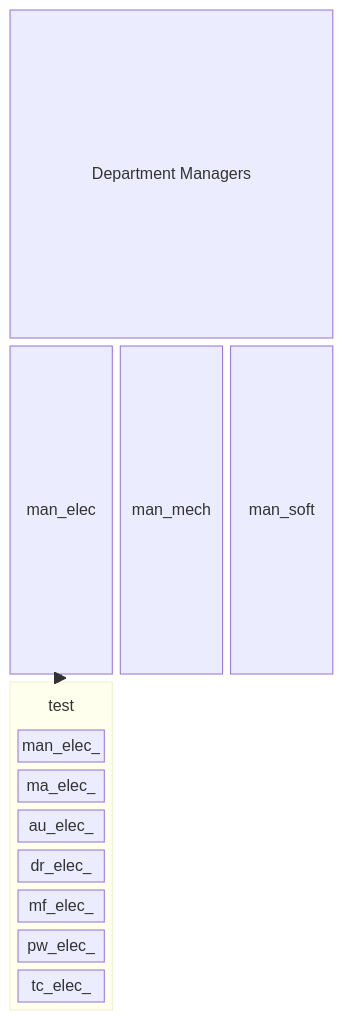
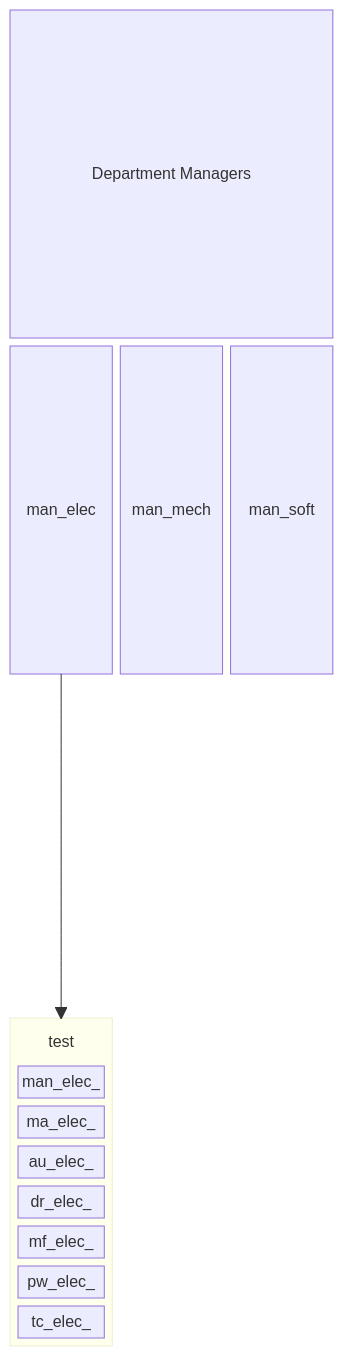
The diagram in README.md (FooGiGo-Org/.github), drawn with Mermaid before and after one commit.

Commit message:
Update README.md with new block structure

````diff
--- a/README.md
+++ b/README.md
@@ -1,23 +1,24 @@
 ```mermaid
 ---
 title: SCRB Matrix Organization
 ---
 block
     columns 3
     man["Department Managers"]:3
     man_elec man_mech man_soft
+    space:3
     block:meme
         columns 1
         uct("test")
         man_elec_
         ma_elec_
         au_elec_
         dr_elec_
         mf_elec_
         pw_elec_
         tc_elec_
     end
     man_elec --> meme
 class uct BT
 classDef BT stroke:transparent,fill:transparent
 ```
````
